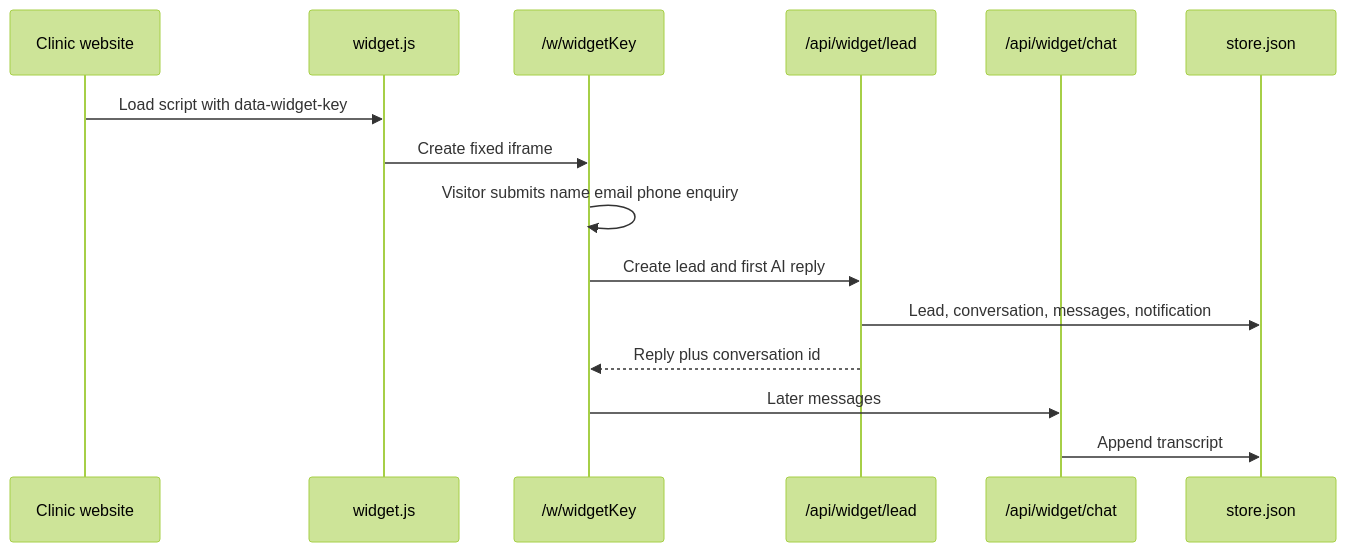
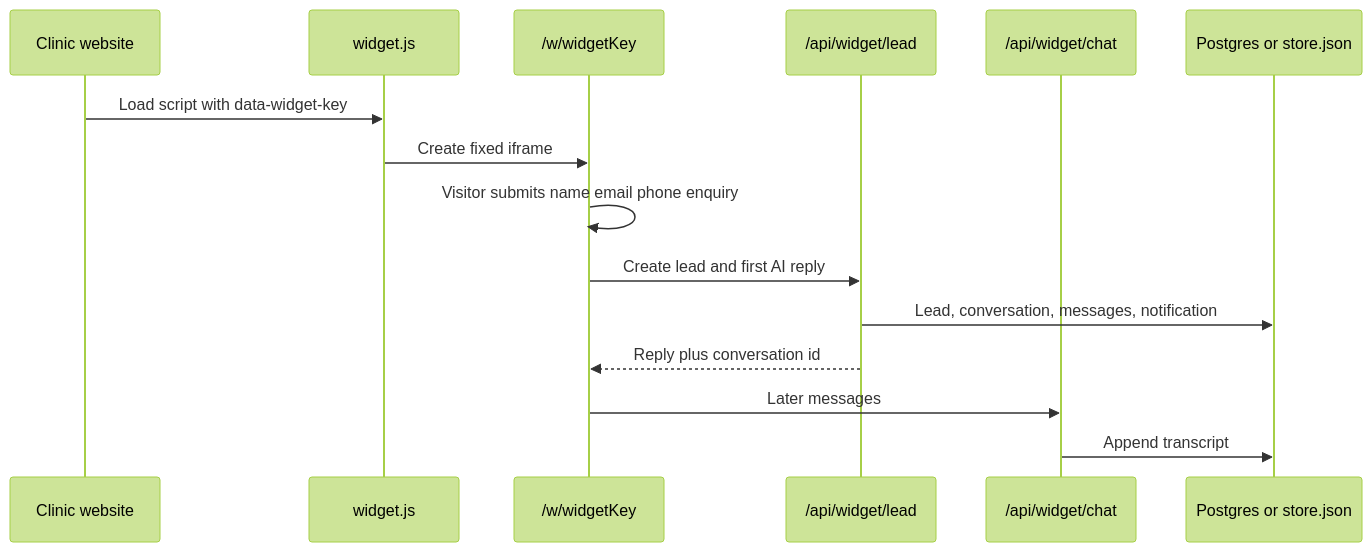
The diagram in docs/architecture.md (drsamuellima/leaddoc), drawn with Mermaid (forest theme) before and after one commit. The commit also changed other lines of this file and 57 other files, not shown here.

````diff
--- a/docs/architecture.md
+++ b/docs/architecture.md
@@ -86,18 +91,18 @@
 ```mermaid
 sequenceDiagram
   participant Site as Clinic website
   participant Script as widget.js
   participant Iframe as /w/widgetKey
   participant LeadApi as /api/widget/lead
   participant ChatApi as /api/widget/chat
-  participant Store as store.json
+  participant Store as Postgres or store.json
 
   Site->>Script: Load script with data-widget-key
   Script->>Iframe: Create fixed iframe
   Iframe->>Iframe: Visitor submits name email phone enquiry
   Iframe->>LeadApi: Create lead and first AI reply
   LeadApi->>Store: Lead, conversation, messages, notification
   LeadApi-->>Iframe: Reply plus conversation id
   Iframe->>ChatApi: Later messages
   ChatApi->>Store: Append transcript
 ```
````
